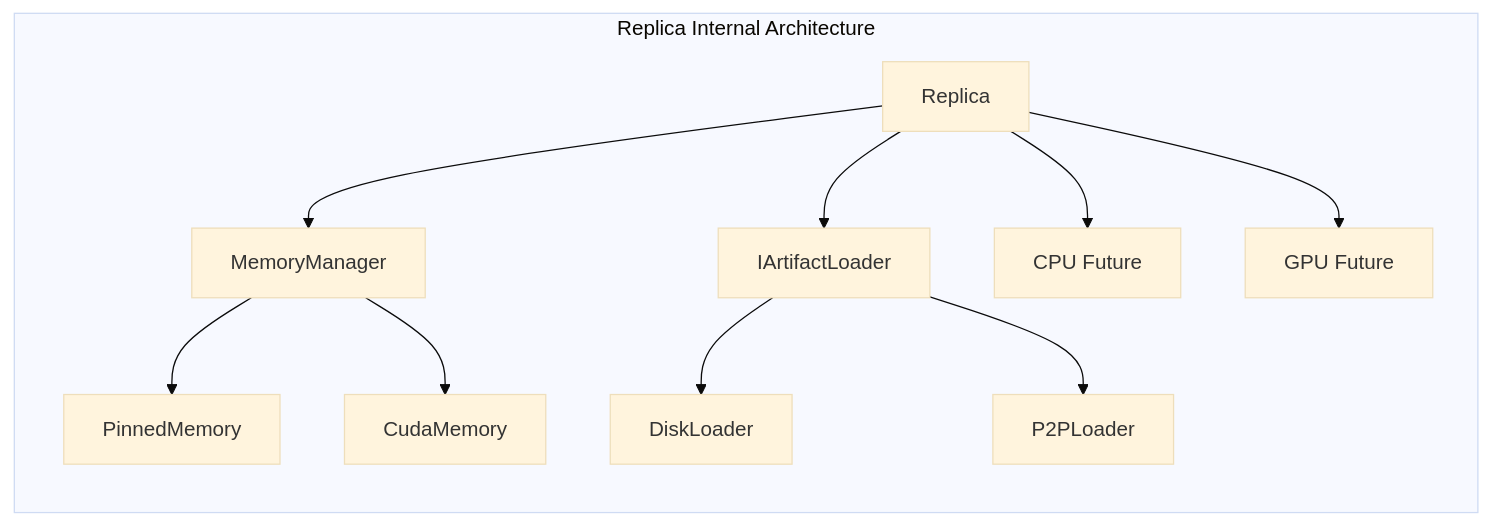
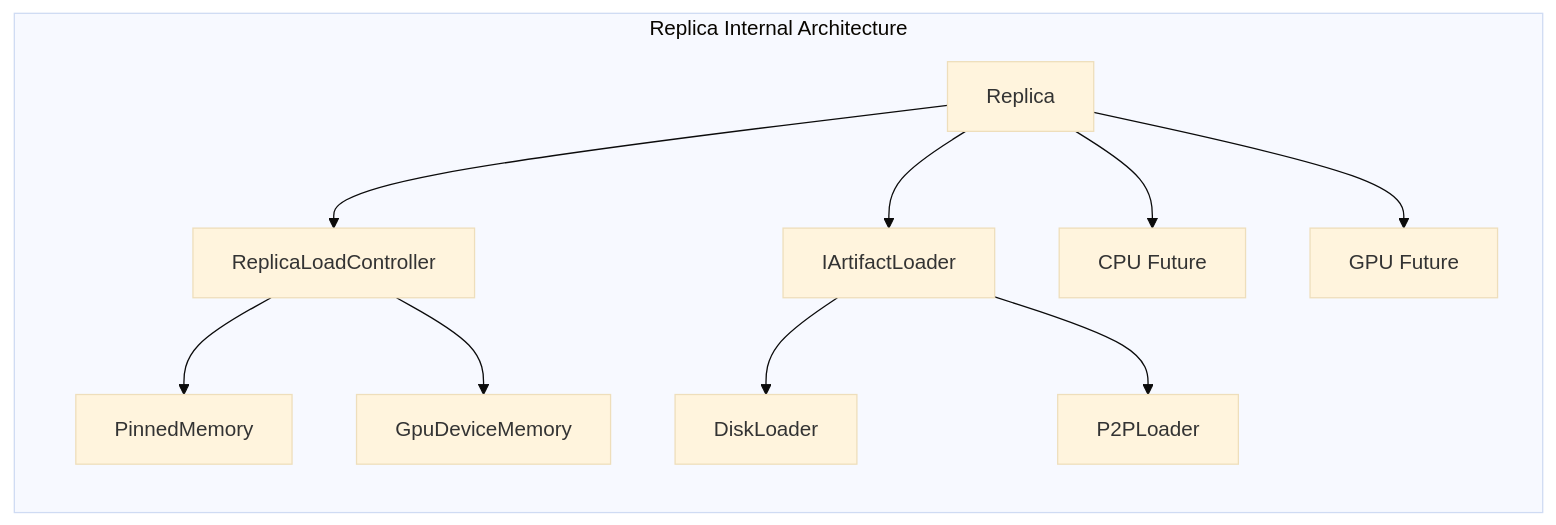
Before and after one commit to tensorcast-ai/tensorcast: the second of 13 diagrams in core/store/docs/architecture.md, drawn with Mermaid (base theme). The commit also changed other lines of this file and 155 other files, not shown here.

````diff
--- a/core/store/docs/architecture.md
+++ b/core/store/docs/architecture.md
@@ -162,15 +159,15 @@
 ```mermaid
 graph LR
     subgraph "Replica Internal Architecture"
-        M[Replica] --> MM[MemoryManager]
+        M[Replica] --> MM[ReplicaLoadController]
         M --> IL[IArtifactLoader]
         M --> CF[CPU Future]
         M --> GF[GPU Future]
 
         MM --> PM[PinnedMemory]
-        MM --> CM[CudaMemory]
+        MM --> CM[GpuDeviceMemory]
 
         IL --> DL[DiskLoader]
         IL --> RL[P2PLoader]
     end
 ```
````
